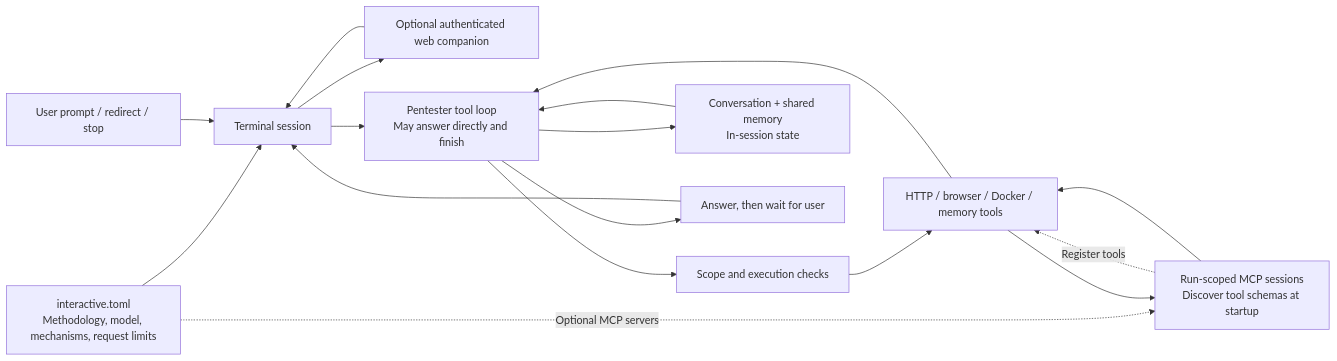
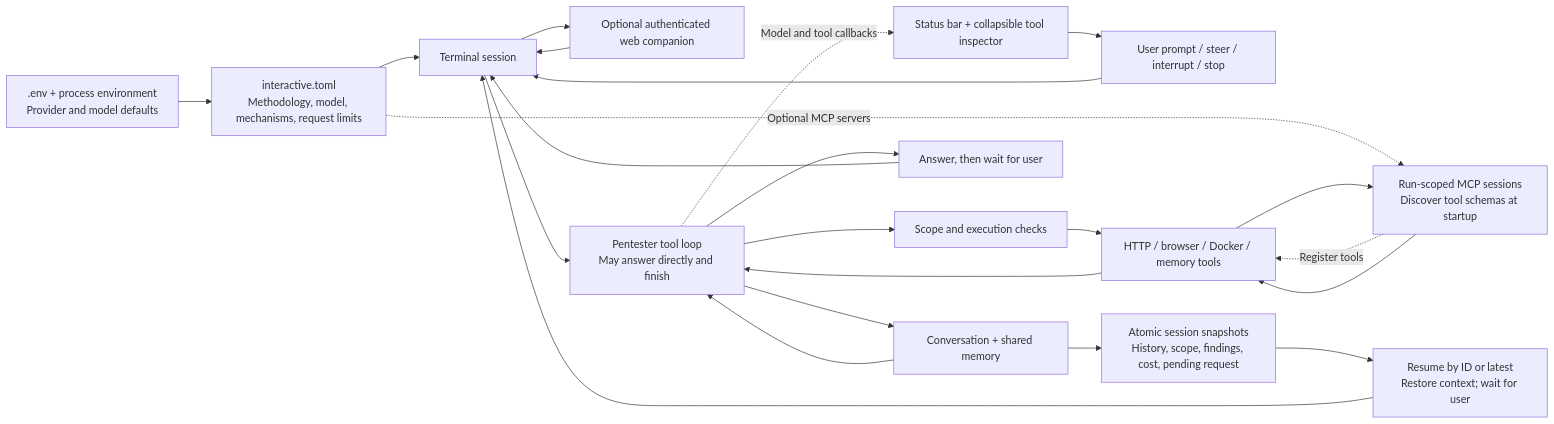
The first of 3 diagrams in docs/architecture.md (tsirolnik/fantasma), drawn with Mermaid before and after one commit. The commit also changed 11 other files, not shown here.

Commit message:
Refresh onboarding architecture and references for current interactive workflows

````diff
--- a/docs/architecture.md
+++ b/docs/architecture.md
@@ -26,19 +26,25 @@
 ```mermaid
 flowchart LR
     PROFILE["interactive.toml<br/>Methodology, model, mechanisms, request limits"] --> SESSION["Terminal session"]
-    USER["User prompt / redirect / stop"] --> SESSION
+    USER["User prompt / steer / interrupt / stop"] --> SESSION
     WEB["Optional authenticated web companion"] --> SESSION
     SESSION --> WEB
     SESSION --> AGENT["Pentester tool loop<br/>May answer directly and finish"]
     AGENT --> CHECK["Scope and execution checks"]
     CHECK --> TOOLS["HTTP / browser / Docker / memory tools"]
     PROFILE -. "Optional MCP servers" .-> MCP["Run-scoped MCP sessions<br/>Discover tool schemas at startup"]
     MCP -. "Register tools" .-> TOOLS
     TOOLS --> MCP
     MCP --> TOOLS
     TOOLS --> AGENT
-    AGENT --> HISTORY["Conversation + shared memory<br/>In-session state"]
+    ENV[".env + process environment<br/>Provider and model defaults"] --> PROFILE
+    AGENT --> HISTORY["Conversation + shared memory"]
+    HISTORY --> SAVE["Atomic session snapshots<br/>History, scope, findings, cost, pending request"]
+    SAVE --> RESUME["Resume by ID or latest<br/>Restore context; wait for user"]
+    RESUME --> SESSION
+    AGENT -. "Model and tool callbacks" .-> INSPECT["Status bar + collapsible tool inspector"]
+    INSPECT --> USER
     HISTORY --> AGENT
     AGENT --> ANSWER["Answer, then wait for user"]
     ANSWER --> SESSION
 ```
````
